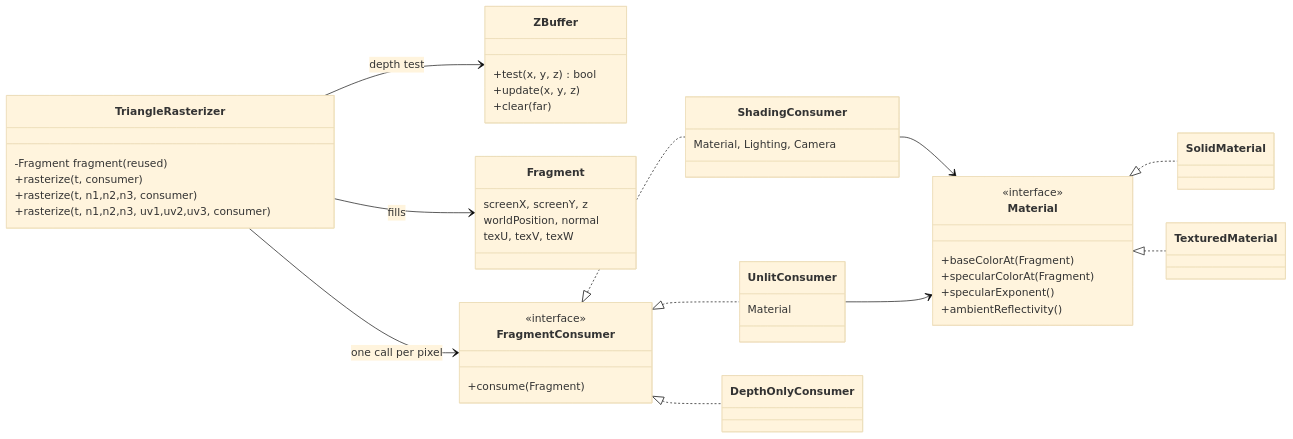
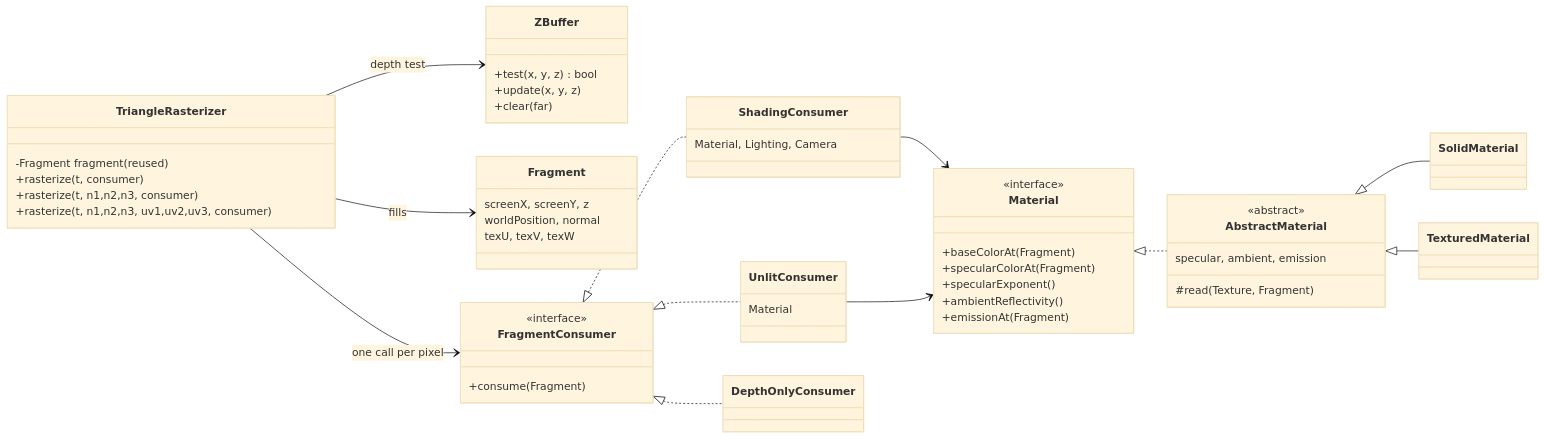
One commit to obarry/Aventura changed the tenth of 23 diagrams in docs/DESIGN.md. Above: the diagram before and after it, drawn with Mermaid (base theme). The commit also changed other lines of this file and 16 other files, not shown here.

````diff
--- a/docs/DESIGN.md
+++ b/docs/DESIGN.md
@@ -352,48 +352,55 @@
 ```mermaid
 classDiagram
     direction LR
     class TriangleRasterizer {
       -Fragment fragment  (reused)
       +rasterize(t, consumer)
       +rasterize(t, n1,n2,n3, consumer)
       +rasterize(t, n1,n2,n3, uv1,uv2,uv3, consumer)
     }
     class ZBuffer {
       +test(x, y, z) bool
       +update(x, y, z)
       +clear(far)
     }
     class Fragment {
       screenX, screenY, z
       worldPosition, normal
       texU, texV, texW
     }
     class FragmentConsumer {
       <<interface>>
       +consume(Fragment)
     }
     class ShadingConsumer {
       Material, Lighting, Camera
     }
     class UnlitConsumer {
       Material
     }
     class DepthOnlyConsumer
     class Material {
       <<interface>>
       +baseColorAt(Fragment)
       +specularColorAt(Fragment)
       +specularExponent()
       +ambientReflectivity()
+      +emissionAt(Fragment)
+    }
+    class AbstractMaterial {
+      <<abstract>>
+      specular, ambient, emission
+      #read(Texture, Fragment)
     }
     TriangleRasterizer --> ZBuffer : depth test
     TriangleRasterizer --> Fragment : fills
     TriangleRasterizer --> FragmentConsumer : one call per pixel
     FragmentConsumer <|.. ShadingConsumer
     FragmentConsumer <|.. UnlitConsumer
     FragmentConsumer <|.. DepthOnlyConsumer
     ShadingConsumer --> Material
     UnlitConsumer --> Material
-    Material <|.. SolidMaterial
-    Material <|.. TexturedMaterial
+    Material <|.. AbstractMaterial
+    AbstractMaterial <|-- SolidMaterial
+    AbstractMaterial <|-- TexturedMaterial
 ```
````
